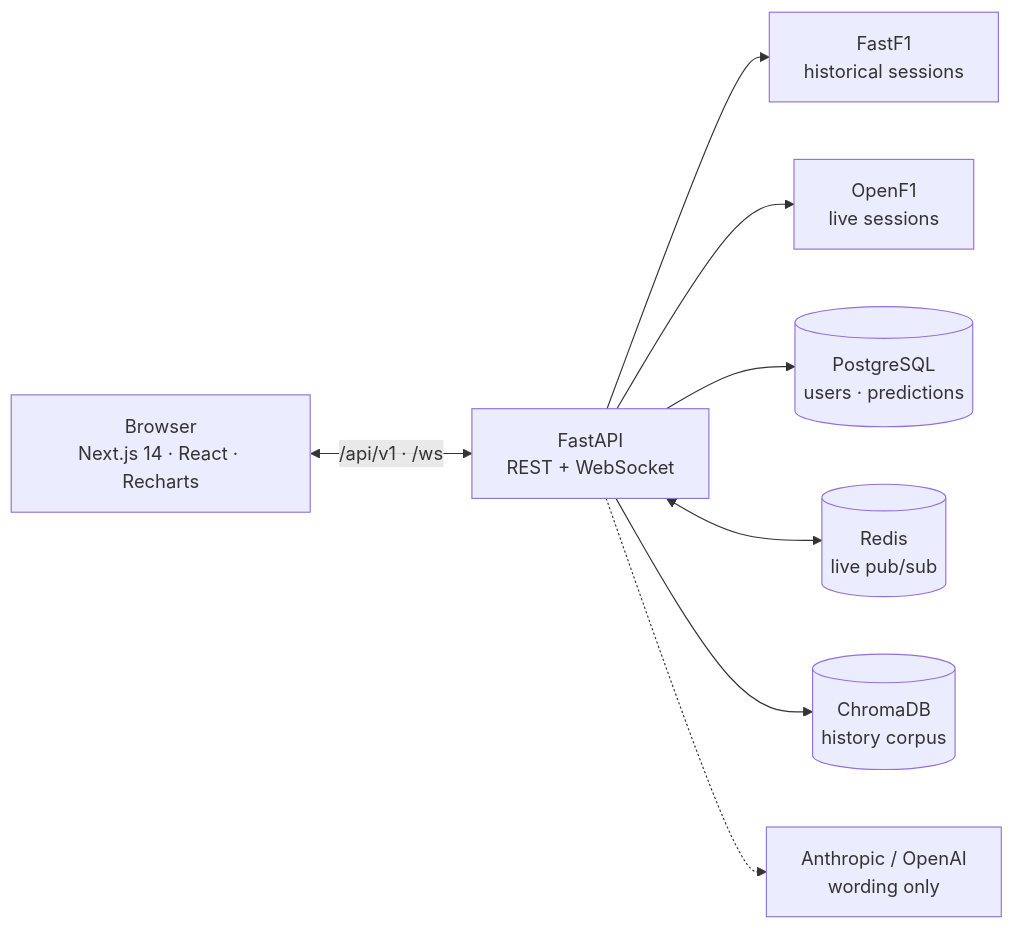
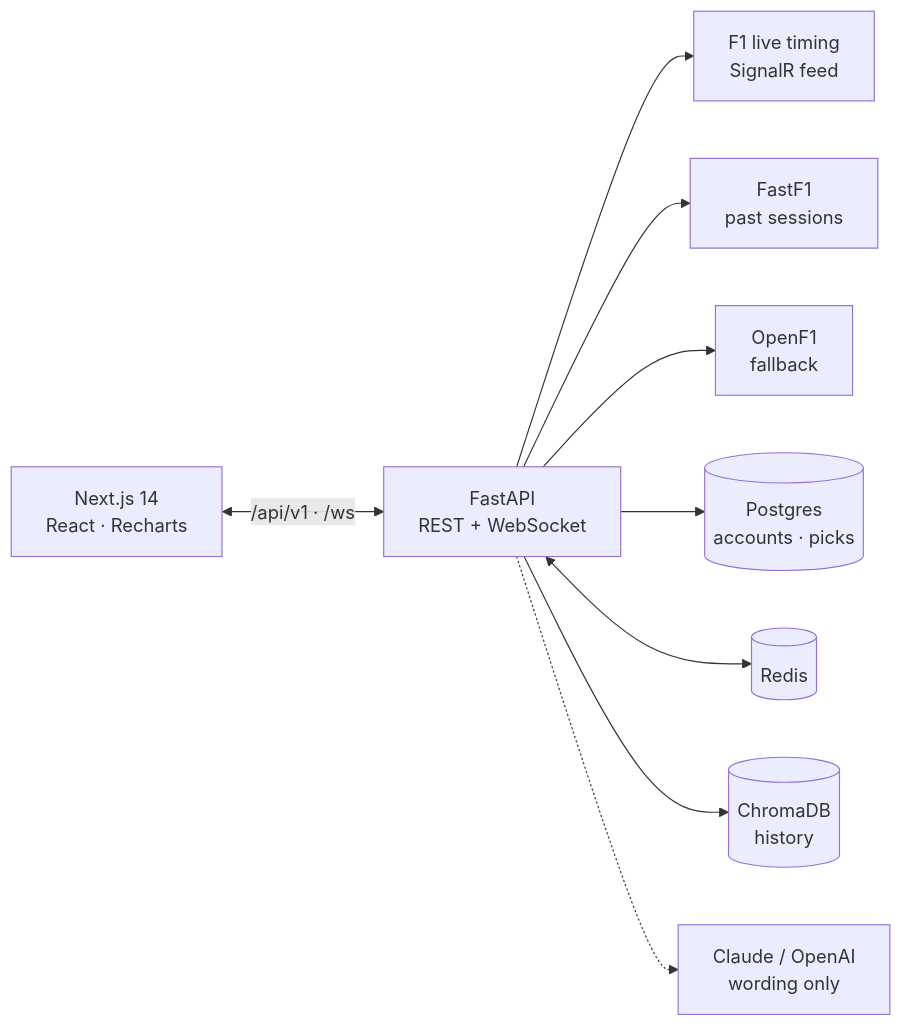
The diagram in README.md (arjun-nair1090/Pitwall), drawn with Mermaid before and after one commit. The commit also changed other lines of this file and 5 other files, not shown here.

First line of the commit message:
docs: rewrite the README with animated graphics

````diff
--- a/README.md
+++ b/README.md
@@ -121,19 +123,21 @@
 ```mermaid
 flowchart LR
-    Browser["Browser<br/>Next.js 14 · React · Recharts"]
+    Browser["Next.js 14<br/>React · Recharts"]
     API["FastAPI<br/>REST + WebSocket"]
-    F1["FastF1<br/>historical sessions"]
-    OF1["OpenF1<br/>live sessions"]
-    PG[("PostgreSQL<br/>users · predictions")]
-    RD[("Redis<br/>live pub/sub")]
-    CH[("ChromaDB<br/>history corpus")]
-    LLM["Anthropic / OpenAI<br/>wording only"]
+    Feed["F1 live timing<br/>SignalR feed"]
+    F1["FastF1<br/>past sessions"]
+    OF1["OpenF1<br/>fallback"]
+    PG[("Postgres<br/>accounts · picks")]
+    RD[("Redis")]
+    CH[("ChromaDB<br/>history")]
+    LLM["Claude / OpenAI<br/>wording only"]
 
     Browser <-->|"/api/v1 · /ws"| API
+    API --> Feed
     API --> F1
     API --> OF1
     API --> PG
     API <--> RD
     API --> CH
     API -.-> LLM
 ```
````
